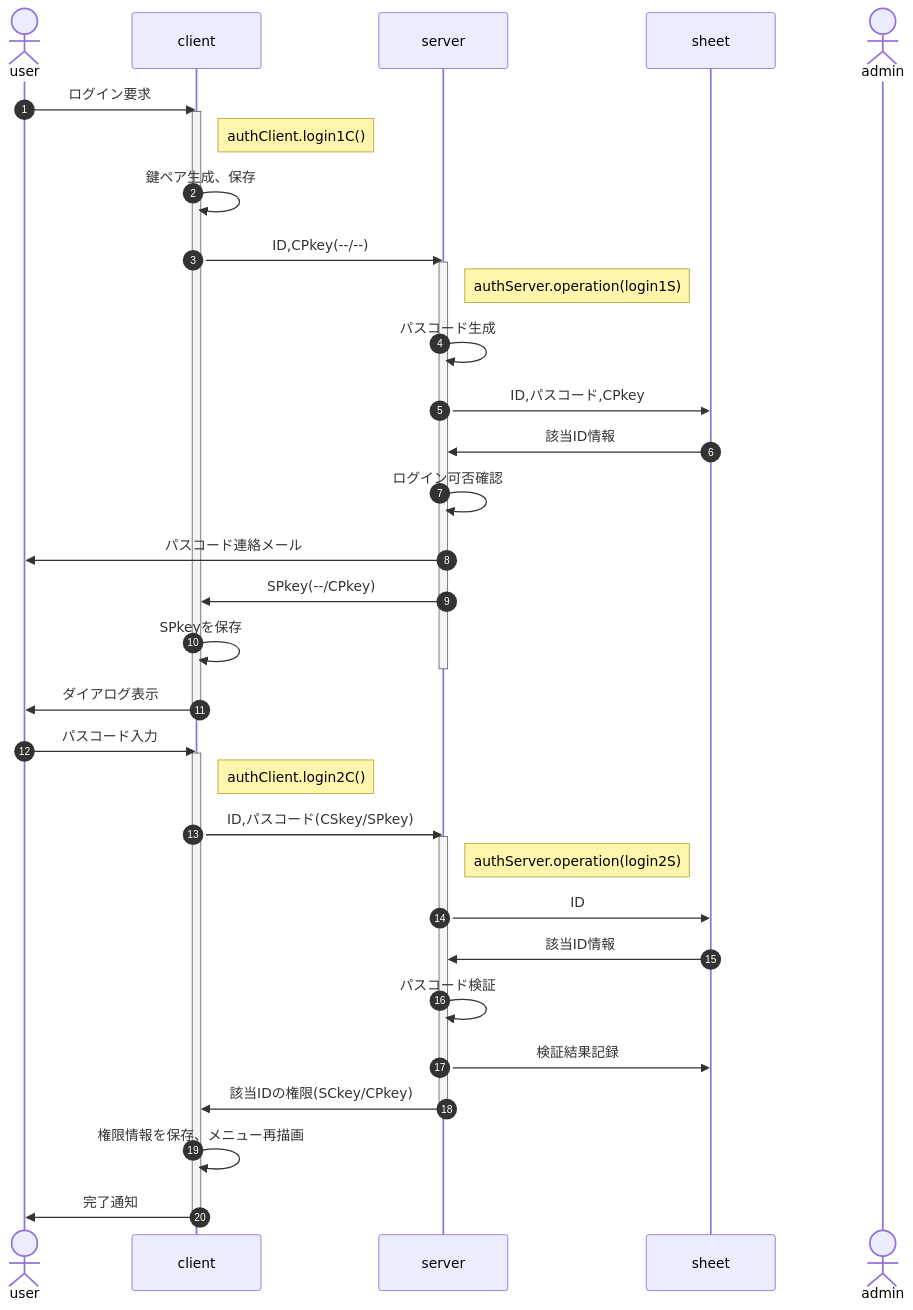
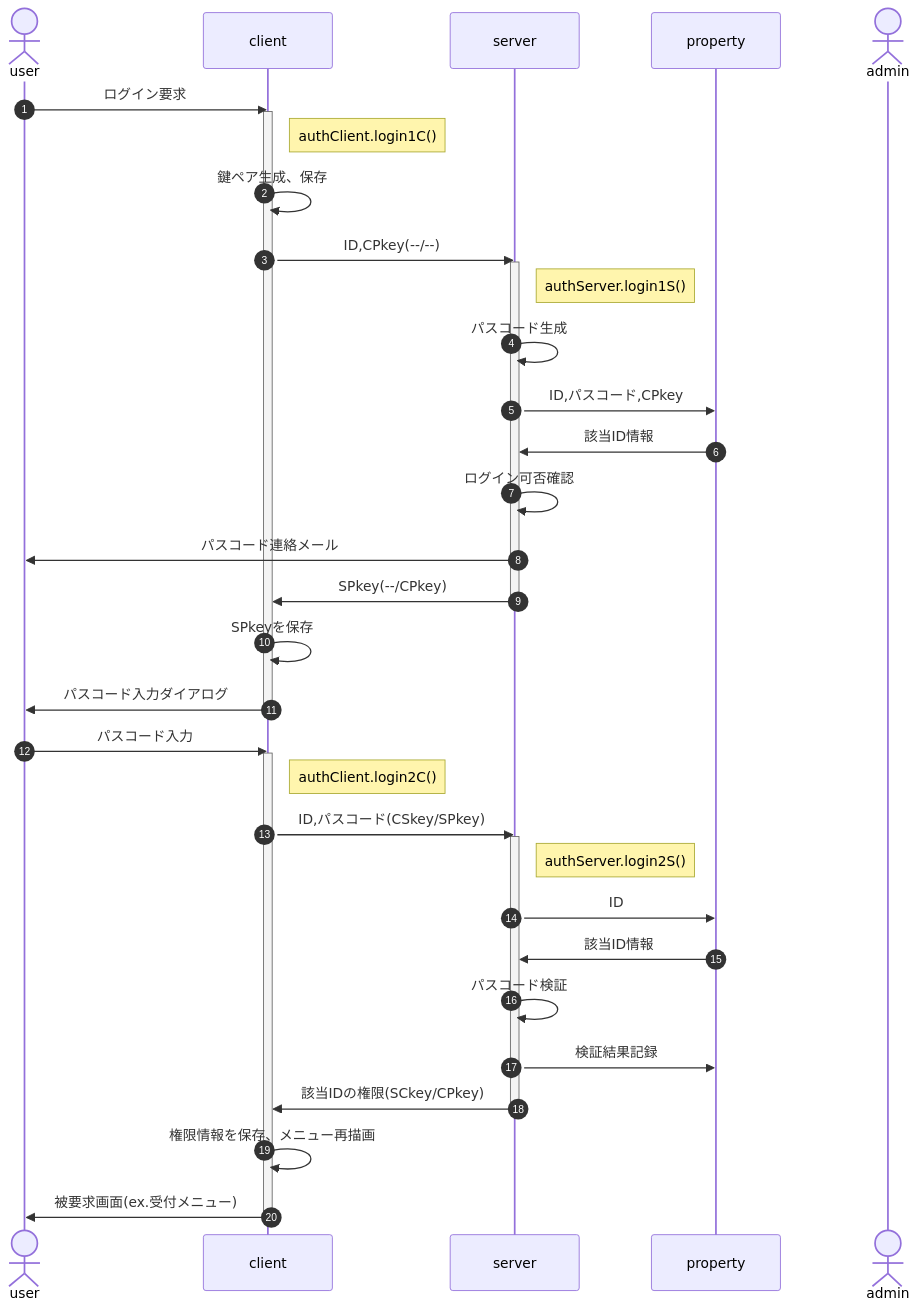
One commit to nakaone/library changed the diagram in Auth/2.0.0/doc/login.md. Above: the diagram before and after it, drawn with Mermaid. The commit also changed other lines of this file and 6 other files, not shown here.

````diff
--- a/Auth/2.0.0/doc/login.md
+++ b/Auth/2.0.0/doc/login.md
@@ -3,42 +3,42 @@
 ```mermaid
 sequenceDiagram
   autonumber
   actor user
   participant client
   participant server
-  participant sheet
+  participant property
   actor admin
 
   user ->> client : ログイン要求
   activate client
   Note right of client : authClient.login1C()
   client ->> client : 鍵ペア生成、保存
   client ->> server : ID,CPkey(--/--)
   activate server
-  Note right of server : authServer.operation(login1S)
+  Note right of server : authServer.login1S()
   server ->> server : パスコード生成
-  server ->> sheet : ID,パスコード,CPkey
-  sheet ->> server : 該当ID情報
+  server ->> property : ID,パスコード,CPkey
+  property ->> server : 該当ID情報
   server ->> server : ログイン可否確認
   server ->> user : パスコード連絡メール
   server ->> client : SPkey(--/CPkey)
+  deactivate server
   client ->> client : SPkeyを保存
-  deactivate server
-  client ->> user : ダイアログ表示
+  client ->> user : パスコード入力ダイアログ
   deactivate client
   user ->> client : パスコード入力
   activate client
   Note right of client : authClient.login2C()
   client ->> server : ID,パスコード(CSkey/SPkey)
   activate server
-  Note right of server : authServer.operation(login2S)
-  server ->> sheet : ID
-  sheet ->> server : 該当ID情報
+  Note right of server : authServer.login2S()
+  server ->> property : ID
+  property ->> server : 該当ID情報
   server ->> server : パスコード検証
-  server ->> sheet : 検証結果記録
+  server ->> property : 検証結果記録
   server ->> client : 該当IDの権限(SCkey/CPkey)
   deactivate server
   client ->> client : 権限情報を保存、メニュー再描画
-  client ->> user : 完了通知
+  client ->> user : 被要求画面(ex.受付メニュー)
   deactivate client
 ```
````
